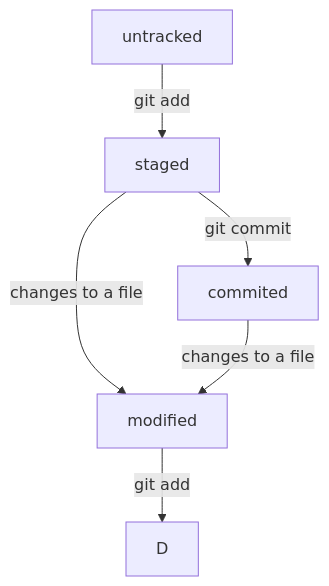
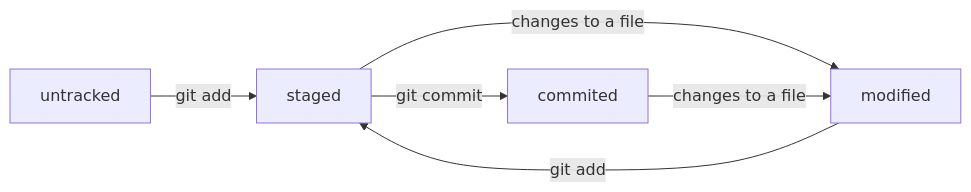
The diagram in README.md (aydaraliev/git_course_yandex), drawn with Mermaid before and after one commit.

Commit message:
Поправить mermaid диаграмму.

````diff
--- a/README.md
+++ b/README.md
@@ -87,8 +87,8 @@
 ```mermaid
-graph TD;
+graph LR;
     untracked--git add-->staged;
     staged--git commit-->commited;
     staged--changes to a file-->modified;
-    modified--git add-->D;
+    modified--git add-->staged;
     commited--changes to a file-->modified;
 ```
````
